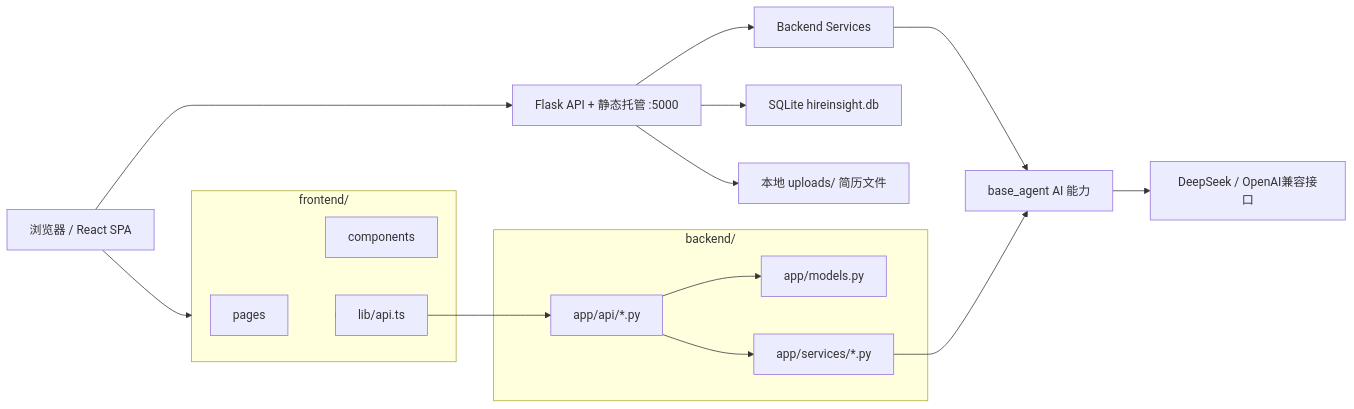
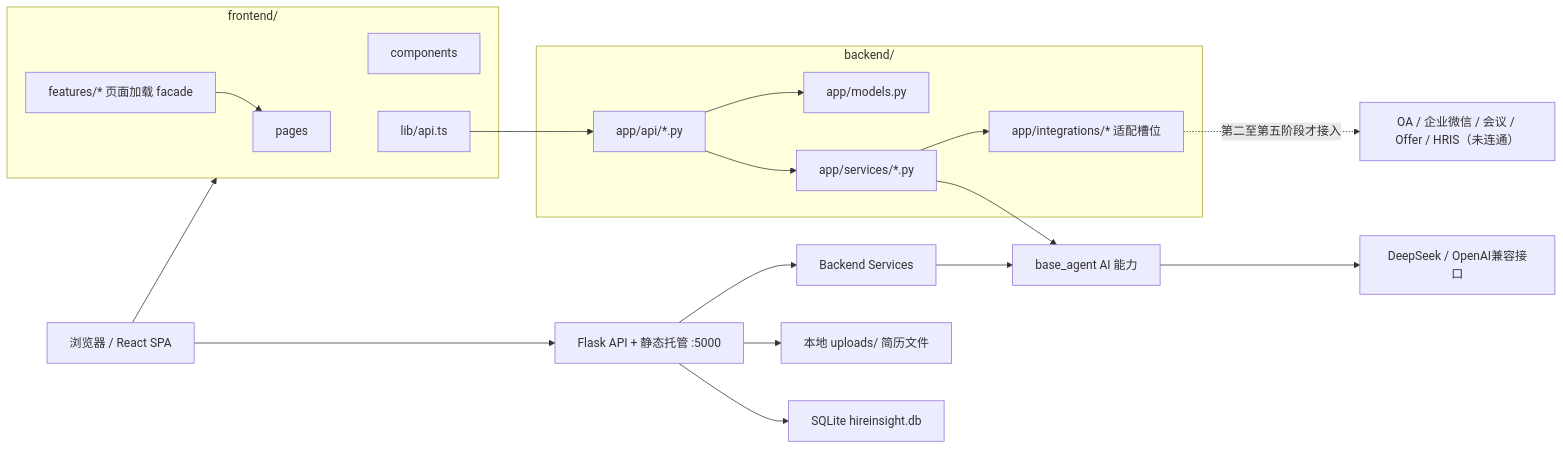
Before and after one commit to hl13544175837-coder/jia-ke-chong-review: the first of 3 diagrams in docs/SDD-智聘招聘系统-v1.0.md, drawn with Mermaid. The commit also changed other lines of this file and 97 other files, not shown here.

````diff
--- a/docs/SDD-智聘招聘系统-v1.0.md
+++ b/docs/SDD-智聘招聘系统-v1.0.md
@@ -78,28 +82,35 @@
 ```mermaid
 flowchart LR
   Browser["浏览器 / React SPA"] --> Flask["Flask API + 静态托管 :5000"]
   Flask --> SQLite["SQLite hireinsight.db"]
   Flask --> Uploads["本地 uploads/ 简历文件"]
   Flask --> Services["Backend Services"]
   Services --> BaseAgent["base_agent AI 能力"]
   BaseAgent --> DeepSeek["DeepSeek / OpenAI兼容接口"]
 
   subgraph Frontend["frontend/"]
     Pages["pages"]
+    FeatureFacades["features/* 页面加载 facade"]
     Components["components"]
     ApiClient["lib/api.ts"]
   end
 
   subgraph Backend["backend/"]
     APIs["app/api/*.py"]
     Models["app/models.py"]
     BizServices["app/services/*.py"]
+    IntegrationSlots["app/integrations/* 适配槽位"]
   end
 
+  External["OA / 企业微信 / 会议 / Offer / HRIS（未连通）"]
+
   Browser --> Frontend
+  FeatureFacades --> Pages
   Frontend --> ApiClient
   ApiClient --> APIs
   APIs --> BizServices
   APIs --> Models
   BizServices --> BaseAgent
+  BizServices --> IntegrationSlots
+  IntegrationSlots -. "第二至第五阶段才接入" .-> External
 ```
````
